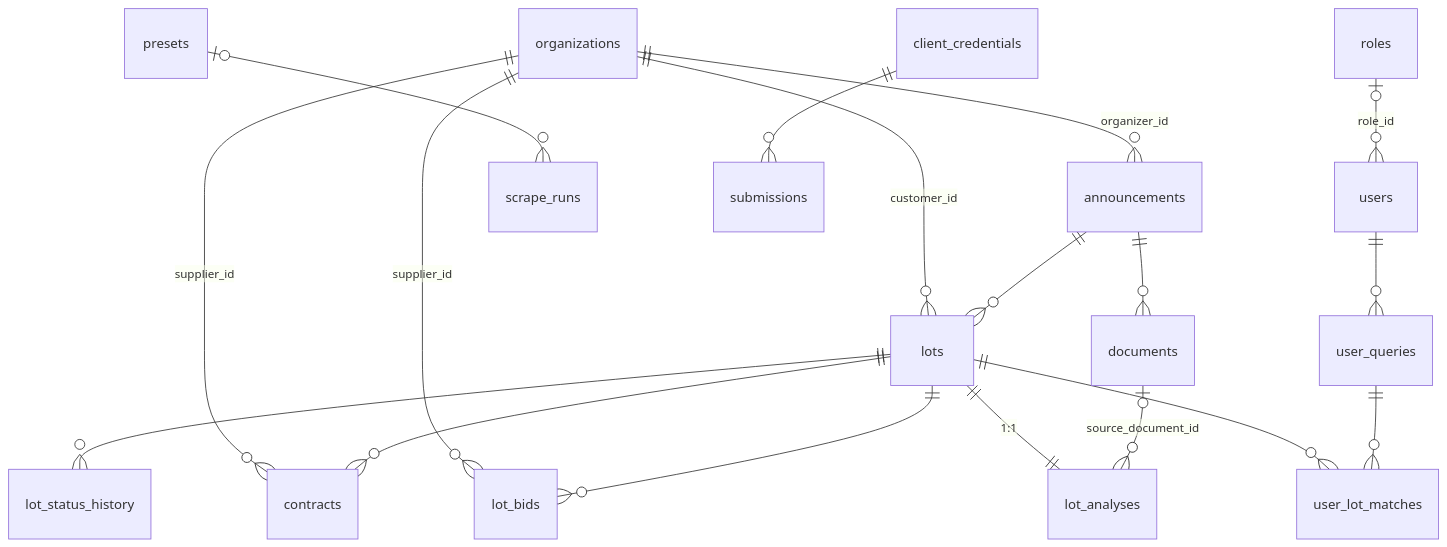
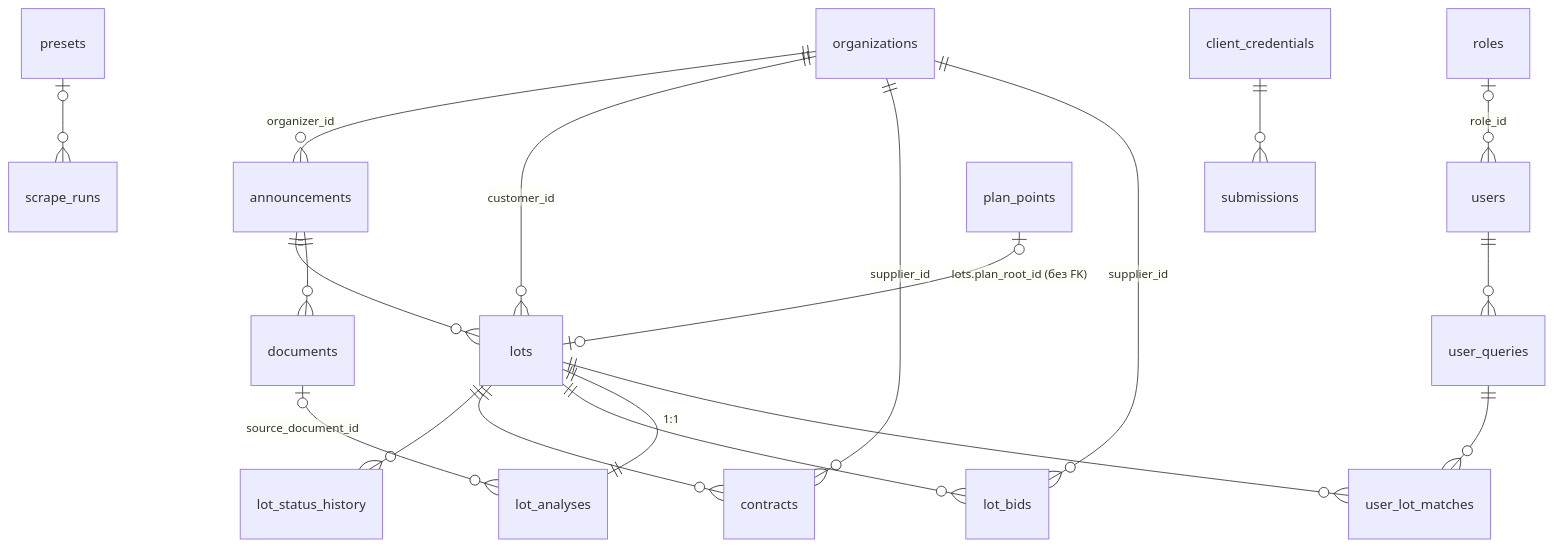
Before and after one commit to Rus9136/gos_tracker: the third of 3 diagrams in ARCHITECTURE.md, drawn with Mermaid. The commit also changed other lines of this file and 30 other files, not shown here.

````diff
--- a/ARCHITECTURE.md
+++ b/ARCHITECTURE.md
@@ -144,20 +148,21 @@
 ```mermaid
 erDiagram
     organizations ||--o{ announcements : "organizer_id"
     organizations ||--o{ lots : "customer_id"
     organizations ||--o{ contracts : "supplier_id"
     organizations ||--o{ lot_bids : "supplier_id"
     announcements ||--o{ lots : ""
     announcements ||--o{ documents : ""
     lots ||--o{ lot_status_history : ""
     lots ||--o{ contracts : ""
     lots ||--o{ lot_bids : ""
     lots ||--|| lot_analyses : "1:1"
     documents |o--o{ lot_analyses : "source_document_id"
     lots ||--o{ user_lot_matches : ""
     roles |o--o{ users : "role_id"
     users ||--o{ user_queries : ""
     user_queries ||--o{ user_lot_matches : ""
     presets |o--o{ scrape_runs : ""
     client_credentials ||--o{ submissions : ""
+    plan_points |o--o| lots : "lots.plan_root_id (без FK)"
 ```
````
